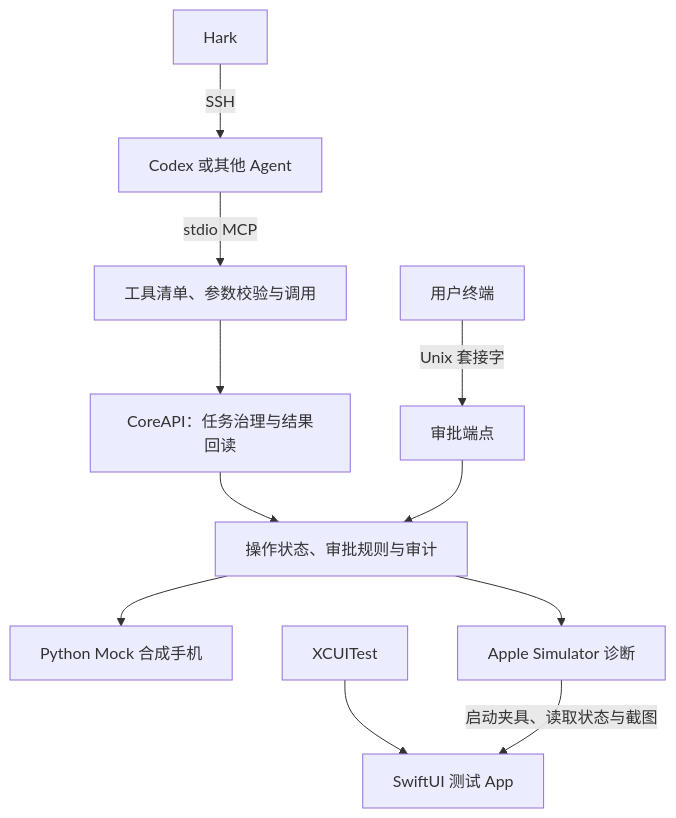
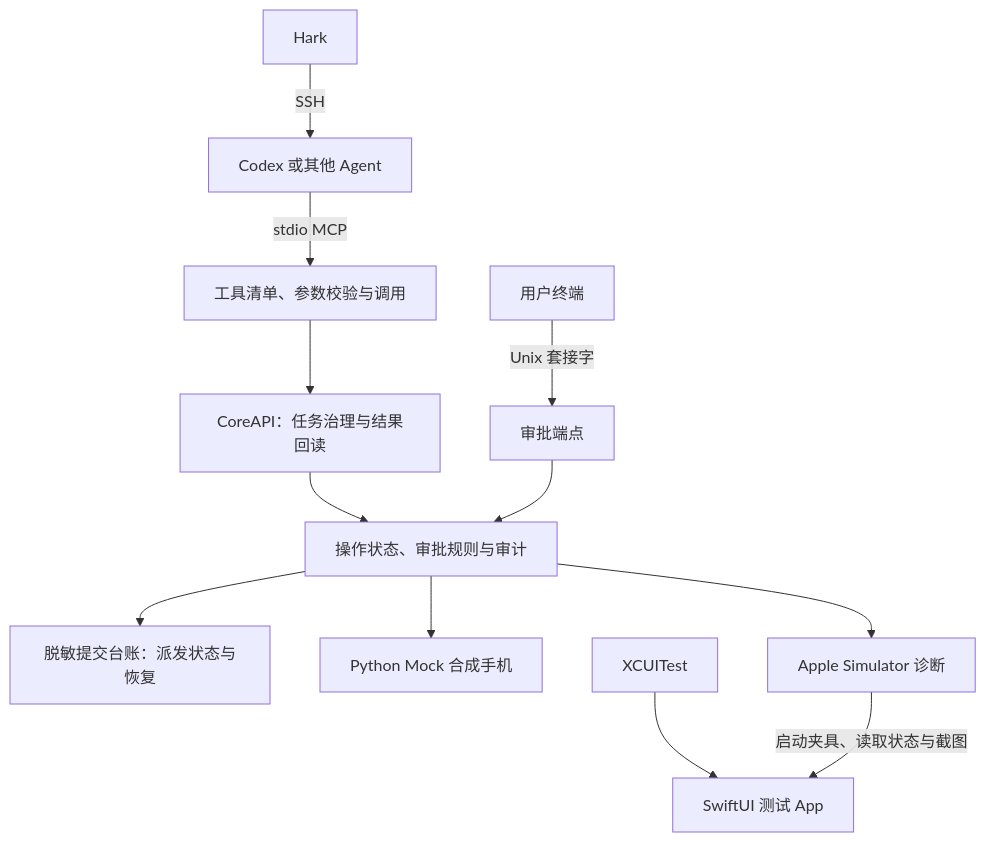
Before and after one commit to shuishui313/phonebridge: the diagram in docs/architecture.md, drawn with Mermaid. The commit also changed other lines of this file and 12 other files, not shown here.

````diff
--- a/docs/architecture.md
+++ b/docs/architecture.md
@@ -5,13 +5,14 @@
 ```mermaid
 flowchart TD
   Hark[Hark] -->|SSH| Agent[Codex 或其他 Agent]
   Agent -->|stdio MCP| MCP[工具清单、参数校验与调用]
   Operator[用户终端] -->|Unix 套接字| Approvals[审批端点]
   MCP --> API[CoreAPI：任务治理与结果回读]
   API --> Core[操作状态、审批规则与审计]
   Approvals --> Core
+  Core --> Ledger[脱敏提交台账：派发状态与恢复]
   Core --> Mock[Python Mock 合成手机]
   Core --> Simctl[Apple Simulator 诊断]
   XCTest[XCUITest] --> Fixture[SwiftUI 测试 App]
   Simctl -->|启动夹具、读取状态与截图| Fixture
 ```
````
